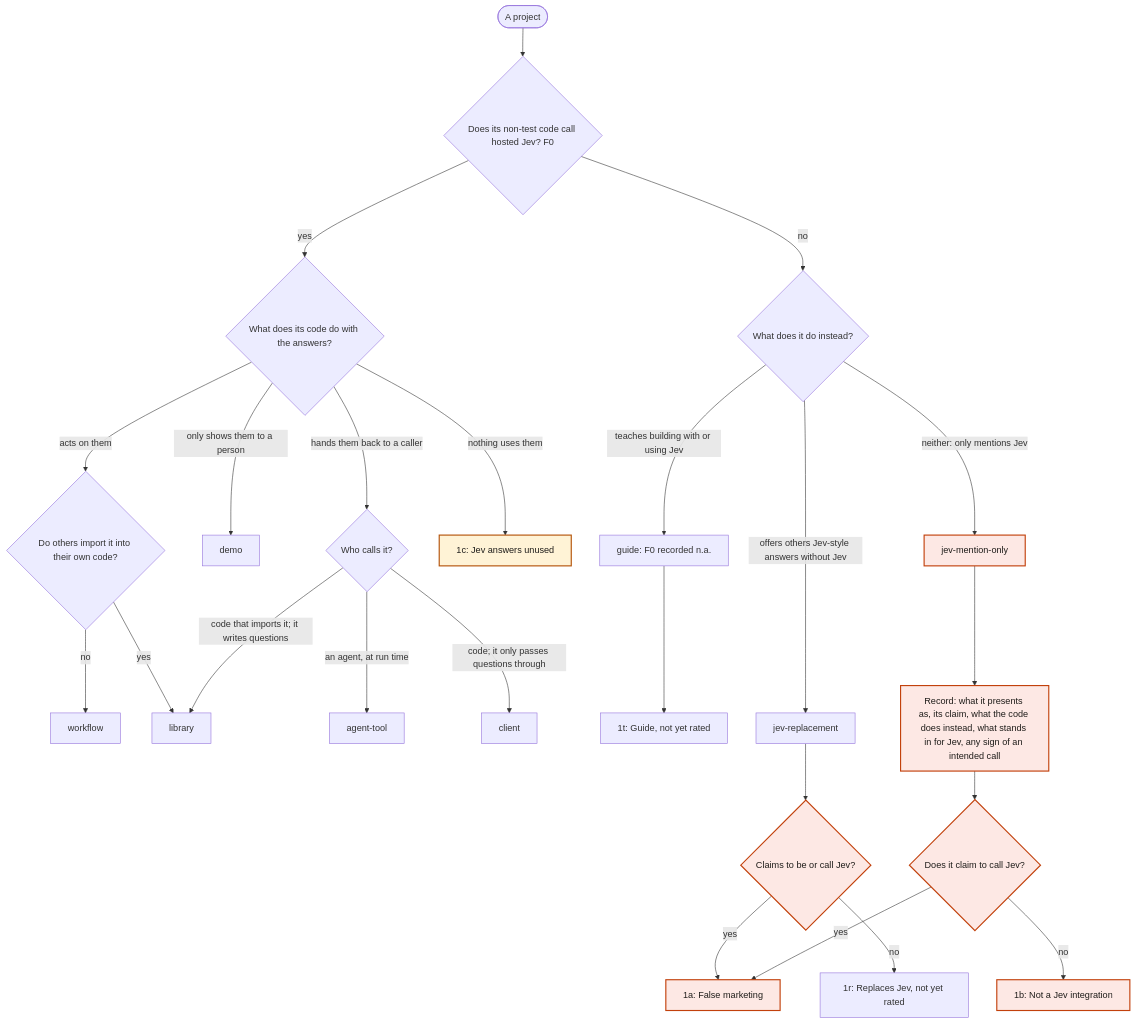
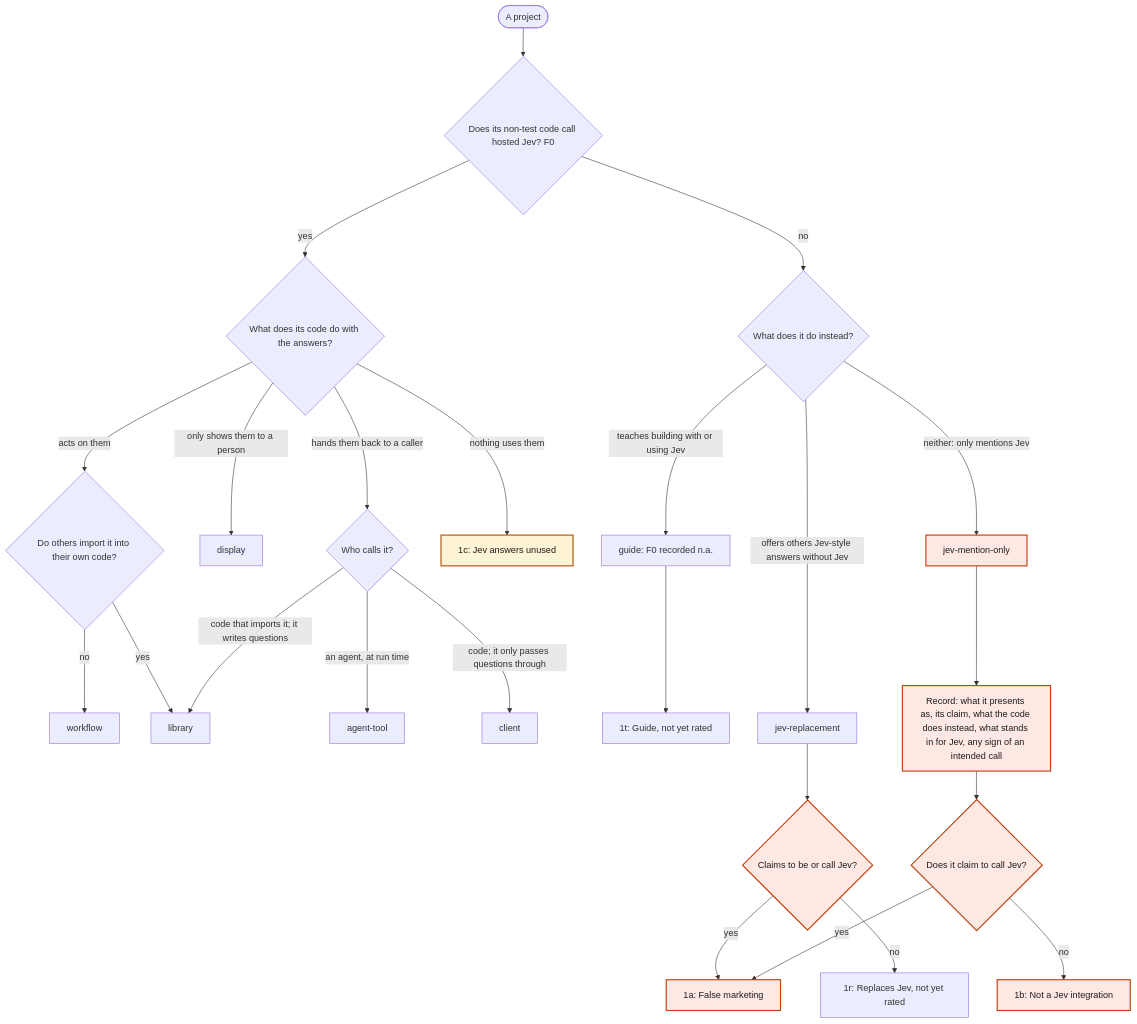
Before and after one commit to tiffygk/jev-mode: the first of 3 diagrams in jevaluate/rubric.md, drawn with Mermaid. The commit also changed other lines of this file and 11 other files, not shown here.

Commit message:
rubric: rename the demo type to display (shows Jev's answers; no code acts on them); old answers score under the new name; key for q19-q23

````diff
--- a/jevaluate/rubric.md
+++ b/jevaluate/rubric.md
@@ -25,28 +25,28 @@
 ```mermaid
 flowchart TD
   S([A project]) --> Q1{"`Does its non-test code call hosted Jev? F0`"}
   Q1 -- yes --> Q2{"`What does its code do with the answers?`"}
   Q2 -- acts on them --> Q2b{Do others import it into their own code?}
   Q2b -- no --> W[workflow]
   Q2b -- yes --> L
-  Q2 -- only shows them to a person --> D[demo]
+  Q2 -- only shows them to a person --> D[display]
   Q2 -- hands them back to a caller --> Q3{Who calls it?}
   Q3 -- an agent, at run time --> A[agent-tool]
   Q3 -- code that imports it; it writes questions --> L[library]
   Q3 -- code; it only passes questions through --> C[client]
   Q2 -- nothing uses them --> V1c[1c: Jev answers unused]
   Q1 -- no --> Q1a{What does it do instead?}
   Q1a -- teaches building with or using Jev --> G[guide: F0 recorded n.a.] --> V1t[1t: Guide, not yet rated]
   Q1a -- offers others Jev-style answers without Jev --> R[jev-replacement] --> Q5{Claims to be or call Jev?}
   Q5 -- yes --> V1a
   Q5 -- no --> V1r[1r: Replaces Jev, not yet rated]
   Q1a -- neither: only mentions Jev --> M[jev-mention-only]
   M --> REC["`Record: what it presents as, its claim, what the code does instead, what stands in for Jev, any sign of an intended call`"]
   REC --> Q4{Does it claim to call Jev?}
   Q4 -- yes --> V1a[1a: False marketing]
   Q4 -- no --> V1b[1b: Not a Jev integration]
   classDef mention fill:#fde8e4,stroke:#c2410c,stroke-width:2px,color:#1f1d1a
   classDef unused fill:#fff3d6,stroke:#b45309,stroke-width:2px,color:#1f1d1a
   class M,REC,Q4,Q5,V1a,V1b mention
   class V1c unused
 ```
````
